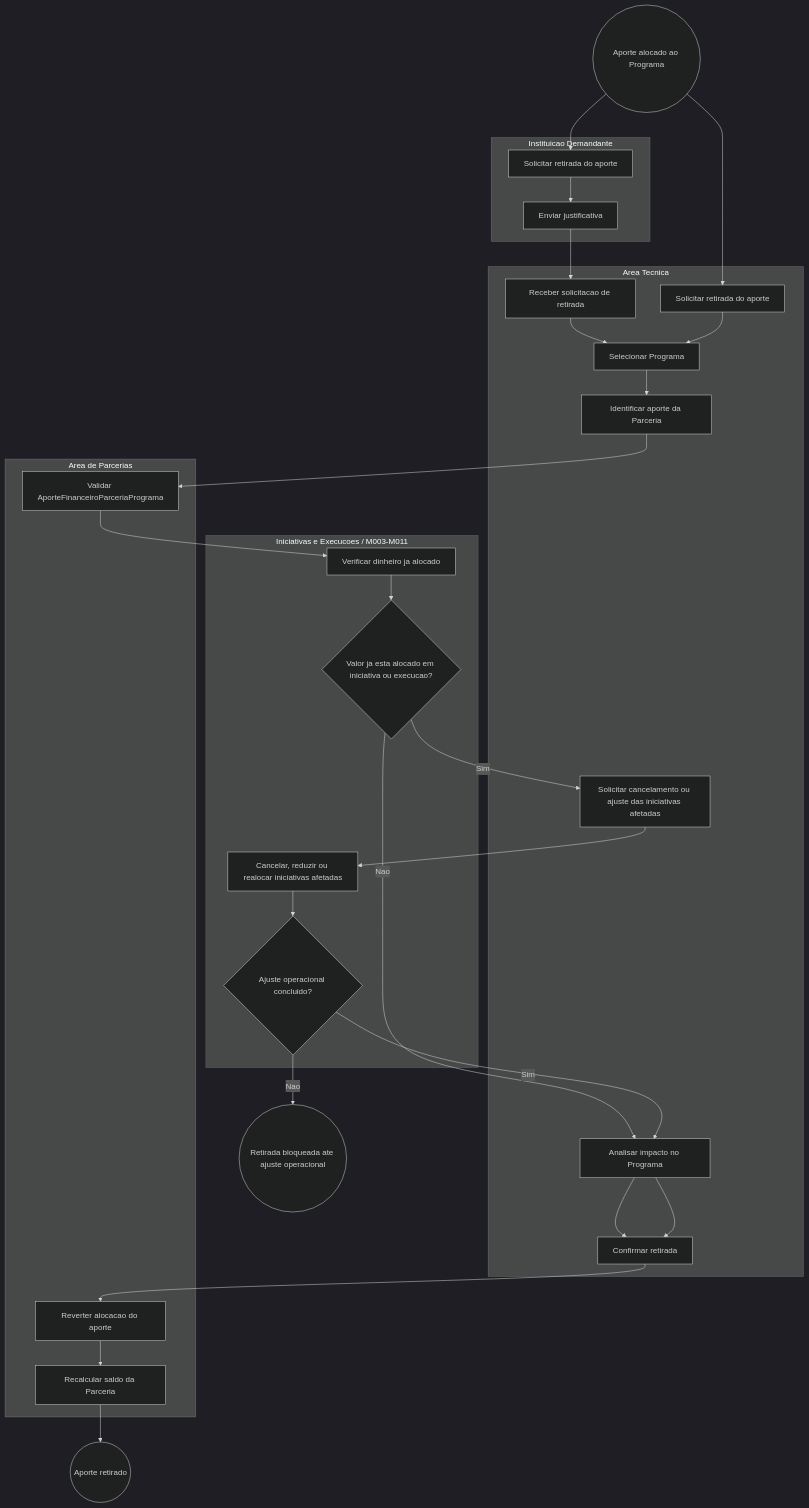
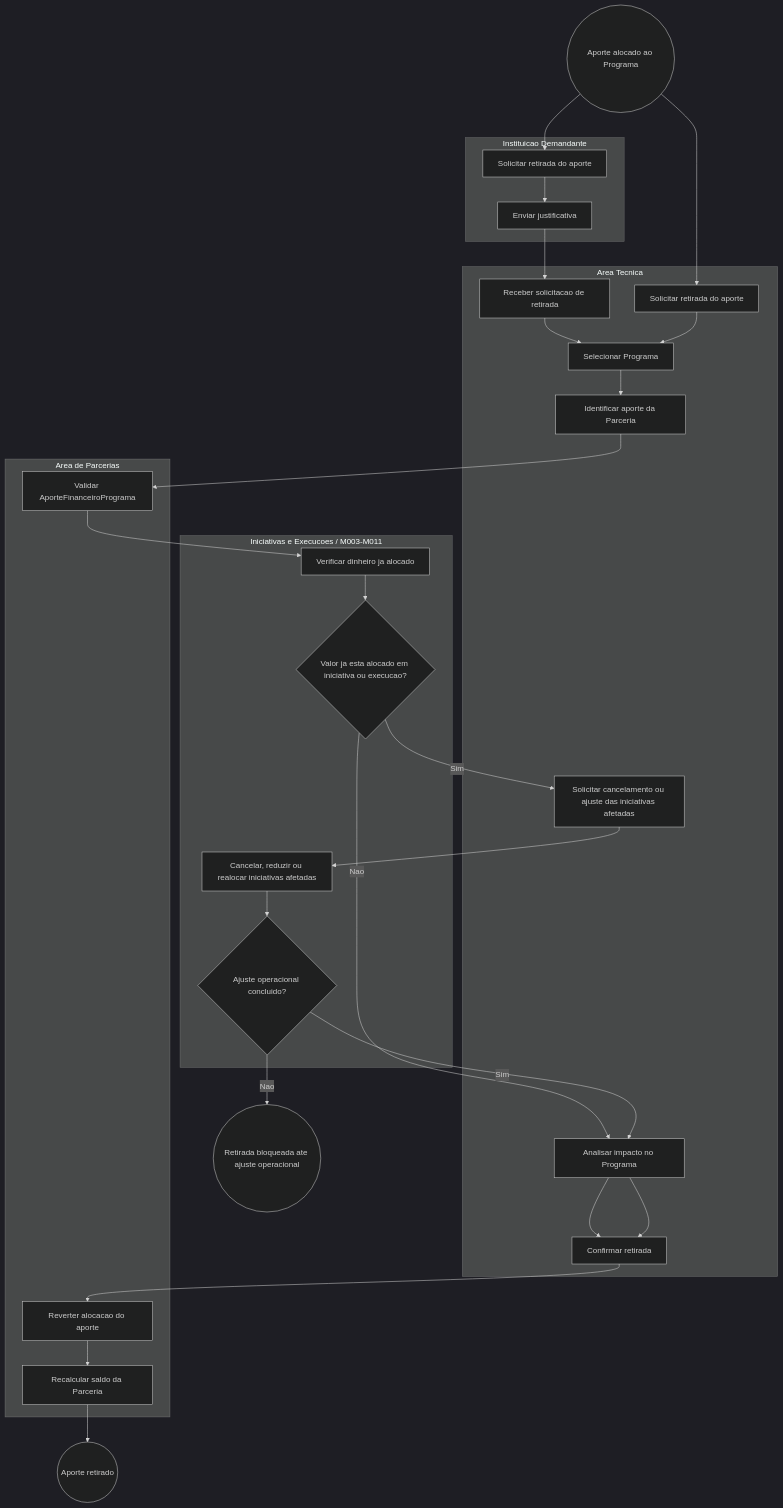
One commit to Czzped/conecta-fapes-teste changed the fourth of 9 diagrams in docs/implementation/modules/M010-planejamento-estrategia/programas/processo.md. Above: the diagram before and after it, drawn with Mermaid (dark theme). The commit also changed other lines of this file and 20 other files, not shown here.

````diff
--- a/docs/implementation/modules/M010-planejamento-estrategia/programas/processo.md
+++ b/docs/implementation/modules/M010-planejamento-estrategia/programas/processo.md
@@ -176,41 +176,41 @@
 ```mermaid
 flowchart TB
     inicio((Aporte alocado ao Programa))
     fim1((Aporte retirado))
     fim2((Retirada bloqueada ate ajuste operacional))
 
     subgraph instituicao["Instituicao Demandante"]
         I1["Solicitar retirada do aporte"]
         I2["Enviar justificativa"]
     end
 
     subgraph area["Area Tecnica"]
         A0["Solicitar retirada do aporte"]
         A1["Receber solicitacao de retirada"]
         A2["Selecionar Programa"]
         A3["Identificar aporte da Parceria"]
         A4["Analisar impacto no Programa"]
         A5["Confirmar retirada"]
         A6["Solicitar cancelamento ou ajuste das iniciativas afetadas"]
     end
 
     subgraph parcerias["Area de Parcerias"]
-        P1["Validar AporteFinanceiroParceriaPrograma"]
+        P1["Validar AporteFinanceiroPrograma"]
         P2["Reverter alocacao do aporte"]
         P3["Recalcular saldo da Parceria"]
     end
 
     subgraph iniciativas["Iniciativas e Execucoes / M003-M011"]
         E1["Verificar dinheiro ja alocado"]
         G1{"Valor ja esta alocado em iniciativa ou execucao?"}
         E2["Cancelar, reduzir ou realocar iniciativas afetadas"]
         G2{"Ajuste operacional concluido?"}
     end
 
     inicio --> I1 --> I2 --> A1 --> A2 --> A3 --> P1 --> E1 --> G1
     inicio --> A0 --> A2
     G1 -- "Nao" --> A4 --> A5 --> P2 --> P3 --> fim1
     G1 -- "Sim" --> A6 --> E2 --> G2
     G2 -- "Nao" --> fim2
     G2 -- "Sim" --> A4 --> A5
 ```
````
